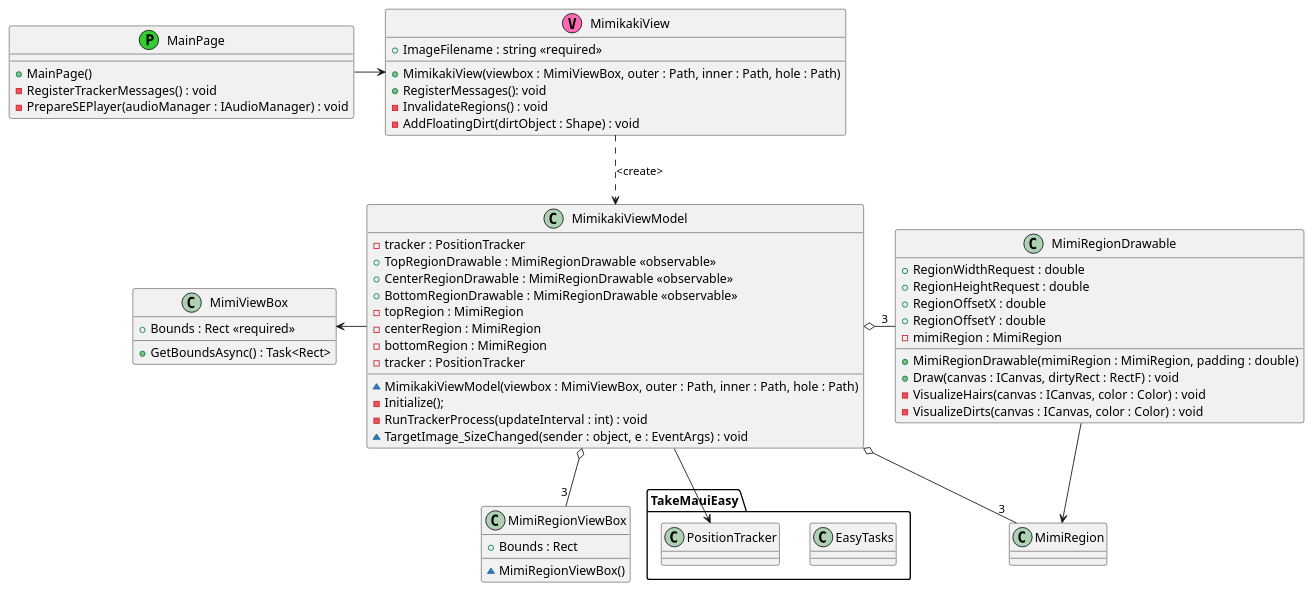
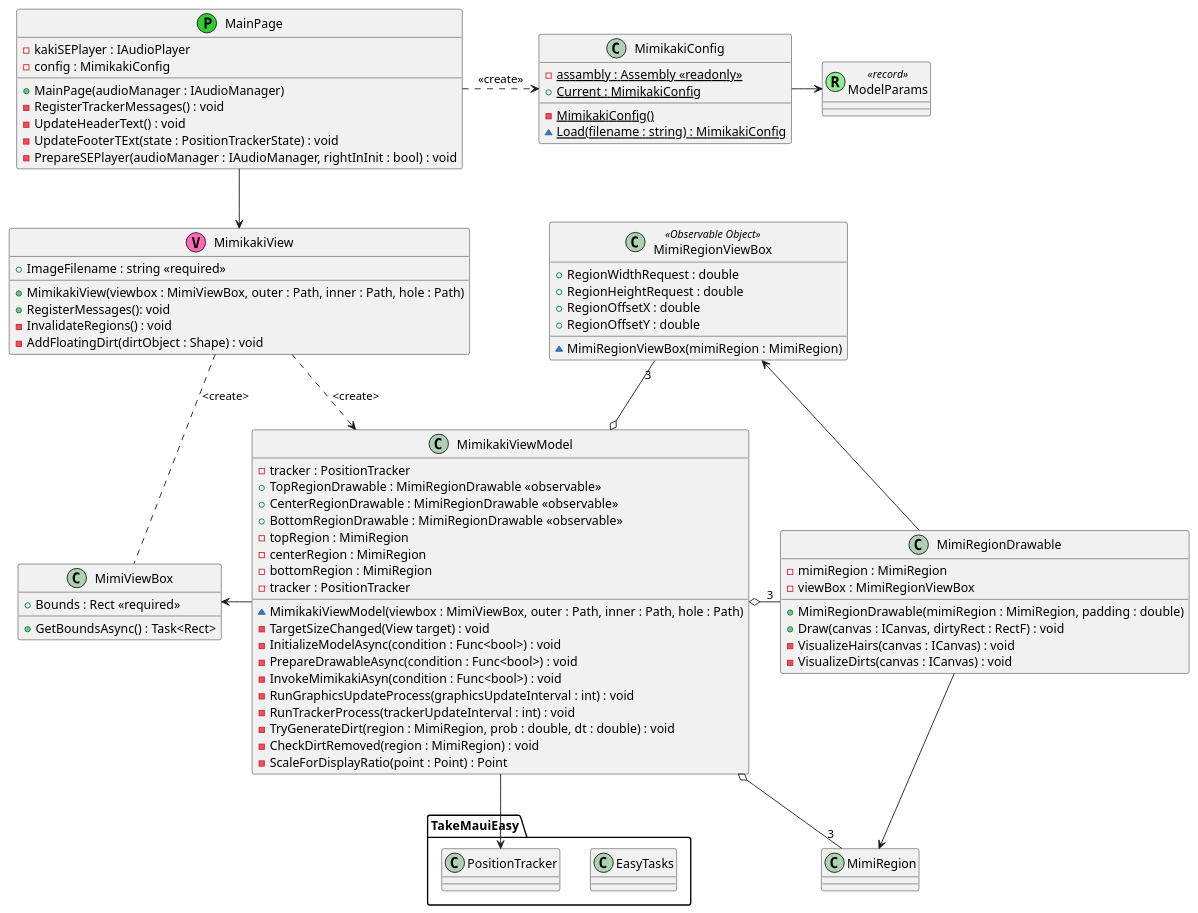
Before and after one commit to tatsuya19871219/MauiMimikakiApp: the first of 3 diagrams in uml/MimikakiApp.puml, drawn with PlantUML. The commit also changed other lines of this file and 10 other files, not shown here.

```diff
--- a/uml/MimikakiApp.puml
+++ b/uml/MimikakiApp.puml
@@ -1,95 +1,117 @@
 @startuml Mimikaki
-class MimiViewBox
-{
-    + Bounds : Rect <<required>>
-    + GetBoundsAsync() : Task<Rect>
-}
-
-class MimiRegionViewBox
-{
-    + Bounds : Rect
-    ~ MimiRegionViewBox()
-}
-
 
 ' Views
 class MimikakiView <<V, HotPink>>
 {
     + ImageFilename : string <<required>>
     + MimikakiView(viewbox : MimiViewBox, outer : Path, inner : Path, hole : Path)
     + RegisterMessages(): void
     - InvalidateRegions() : void
     - AddFloatingDirt(dirtObject : Shape) : void
 }
 
+class MimiViewBox
+{
+    + Bounds : Rect <<required>>
+    + GetBoundsAsync() : Task<Rect>
+}
 
 ' ViewModels
 class MimikakiViewModel
 {
     - tracker : PositionTracker
     + TopRegionDrawable : MimiRegionDrawable <<observable>>
     + CenterRegionDrawable : MimiRegionDrawable <<observable>>
     + BottomRegionDrawable : MimiRegionDrawable <<observable>>
     - topRegion : MimiRegion
     - centerRegion : MimiRegion
     - bottomRegion : MimiRegion
     - tracker : PositionTracker
     ~ MimikakiViewModel(viewbox : MimiViewBox, outer : Path, inner : Path, hole : Path)
-    - Initialize();
-    - RunTrackerProcess(updateInterval : int) : void
-    ~ TargetImage_SizeChanged(sender : object, e : EventArgs) : void
+    - TargetSizeChanged(View target) : void
+    - InitializeModelAsync(condition : Func<bool>) : void
+    - PrepareDrawableAsync(condition : Func<bool>) : void
+    - InvokeMimikakiAsyn(condition : Func<bool>) : void
+    - RunGraphicsUpdateProcess(graphicsUpdateInterval : int) : void
+    - RunTrackerProcess(trackerUpdateInterval : int) : void
+    - TryGenerateDirt(region : MimiRegion, prob : double, dt : double) : void
+    - CheckDirtRemoved(region : MimiRegion) : void
+    - ScaleForDisplayRatio(point : Point) : Point
 }
 
-
-' Drawable
-class MimiRegionDrawable
+class MimiRegionViewBox <<Observable Object>>
 {
     + RegionWidthRequest : double
     + RegionHeightRequest : double
     + RegionOffsetX : double
     + RegionOffsetY : double
+    ~ MimiRegionViewBox(mimiRegion : MimiRegion)
+}
+
+' Drawable
+class MimiRegionDrawable
+{
     - mimiRegion : MimiRegion
+    - viewBox : MimiRegionViewBox
     + MimiRegionDrawable(mimiRegion : MimiRegion, padding : double)
     + Draw(canvas : ICanvas, dirtyRect : RectF) : void
-    - VisualizeHairs(canvas : ICanvas, color : Color) : void
-    - VisualizeDirts(canvas : ICanvas, color : Color) : void
+    - VisualizeHairs(canvas : ICanvas) : void
+    - VisualizeDirts(canvas : ICanvas) : void
 }
-
 
 ' Page
 class MainPage <<(P, LimeGreen)>>
 {
-    + MainPage()
+    - kakiSEPlayer : IAudioPlayer
+    - config : MimikakiConfig
+    + MainPage(audioManager : IAudioManager)
     - RegisterTrackerMessages() : void
-    - PrepareSEPlayer(audioManager : IAudioManager) : void
+    - UpdateHeaderText() : void
+    - UpdateFooterTExt(state : PositionTrackerState) : void
+    - PrepareSEPlayer(audioManager : IAudioManager, rightInInit : bool) : void
 }
 
 ' Config
-' class MimikakiConfig
-' {
+class MimikakiConfig
+{
+    {static} - assambly : Assembly <<readonly>>
+    {static} + Current : MimikakiConfig
+    {static} - MimikakiConfig()
+    {static} ~ Load(filename : string) : MimikakiConfig
+}
 
-' }
+' record class for DTO (data transfer object)
+class ModelParams <<(R, LightGreen) record>>
+{
+
+}
 
 ' Library
 package TakeMauiEasy
 {
     class EasyTasks
     class PositionTracker
 }
 
 ' arrows
+MimikakiView .. MimiViewBox : <create>
 MimikakiViewModel -left-> MimiViewBox
-MimikakiViewModel --> PositionTracker
-MimikakiViewModel o- "3" MimiRegionDrawable
 
-MimikakiViewModel o-- "3" MimiRegionViewBox
+MimikakiViewModel -down-> PositionTracker
+MimikakiViewModel o-right- "3" MimiRegionDrawable
+
+MimikakiViewModel o-up- "3" MimiRegionViewBox
 MimikakiViewModel o- "3" MimiRegion
 
 MimikakiView ..> MimikakiViewModel : <create>
 
-MainPage -> MimikakiView
+MainPage --> MimikakiView
+
+MainPage .right.> MimikakiConfig : <<create>>
+MimikakiConfig -right-> ModelParams
 
 'MimiRegionDrawable --|> IDrawable
 MimiRegionDrawable --> MimiRegion
+MimiRegionDrawable --> MimiRegionViewBox
 
 @enduml
```
